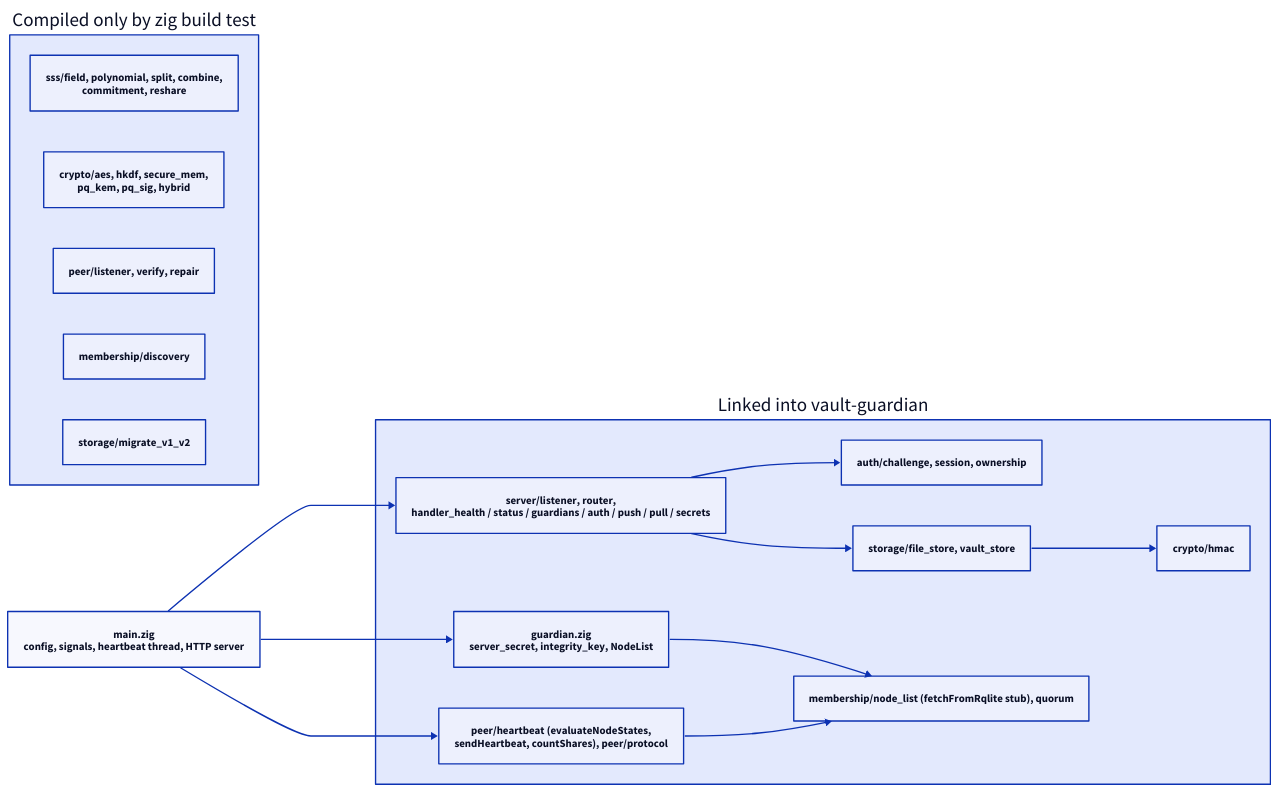
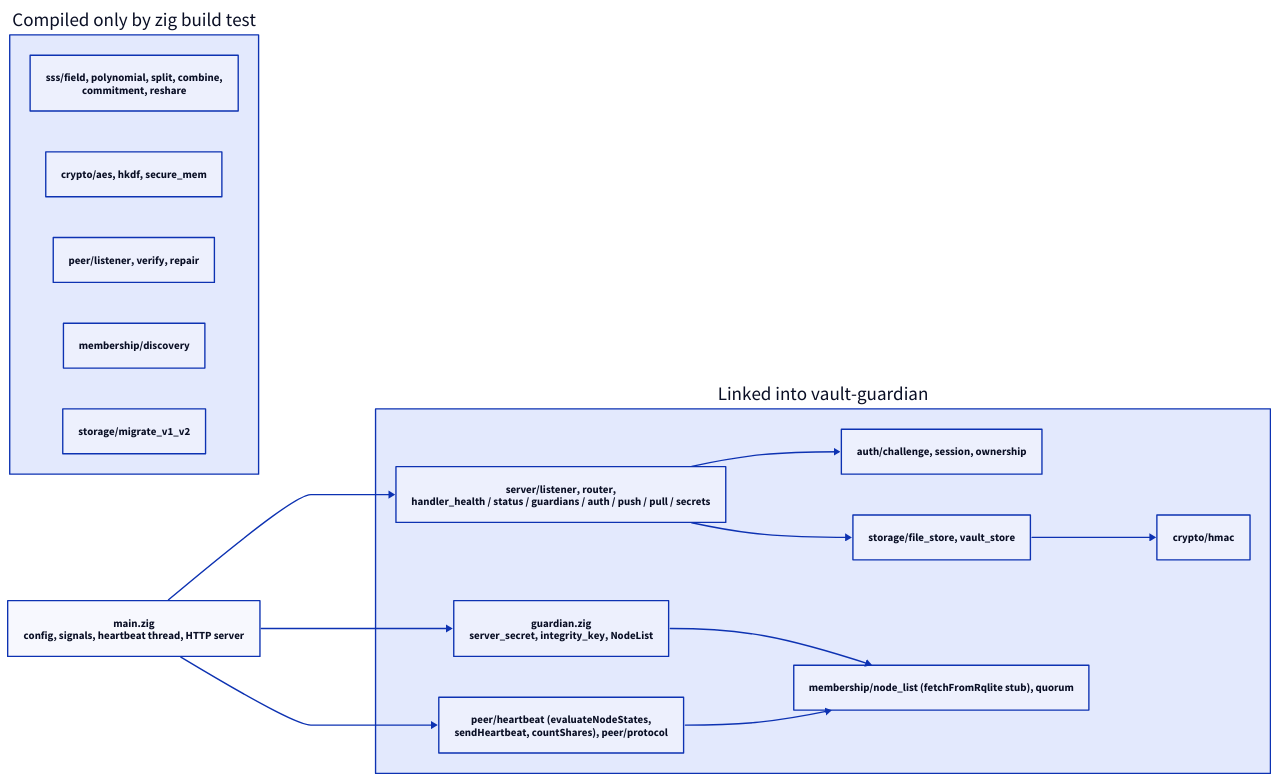
One commit to DeBrosOfficial/network changed the diagram in docs/whitepaper/technical-reference/diagrams/ch28-wiring.d2. Above: the diagram before and after it, drawn with D2. The commit also changed 8 other files, not shown here.

```diff
--- a/docs/whitepaper/technical-reference/diagrams/ch28-wiring.d2
+++ b/docs/whitepaper/technical-reference/diagrams/ch28-wiring.d2
@@ -1,30 +1,30 @@
 direction: right
 
 main: "main.zig\nconfig, signals, heartbeat thread, HTTP server"
 
 wired: "Linked into vault-guardian" {
   http: "server/listener, router,\nhandler_health / status / guardians / auth / push / pull / secrets"
   auth: "auth/challenge, session, ownership"
   store: "storage/file_store, vault_store"
   hmac: "crypto/hmac"
   guard: "guardian.zig\nserver_secret, integrity_key, NodeList"
   mem: "membership/node_list (fetchFromRqlite stub), quorum"
   hb: "peer/heartbeat (evaluateNodeStates,\nsendHeartbeat, countShares), peer/protocol"
 }
 
 test: "Compiled only by zig build test" {
   sss: "sss/field, polynomial, split, combine,\ncommitment, reshare"
-  crypto: "crypto/aes, hkdf, secure_mem,\npq_kem, pq_sig, hybrid"
+  crypto: "crypto/aes, hkdf, secure_mem"
   peer: "peer/listener, verify, repair"
   disc: "membership/discovery"
   mig: "storage/migrate_v1_v2"
 }
 
 main -> wired.http
 main -> wired.guard
 main -> wired.hb
 wired.http -> wired.auth
 wired.http -> wired.store
 wired.store -> wired.hmac
 wired.guard -> wired.mem
 wired.hb -> wired.mem
```
